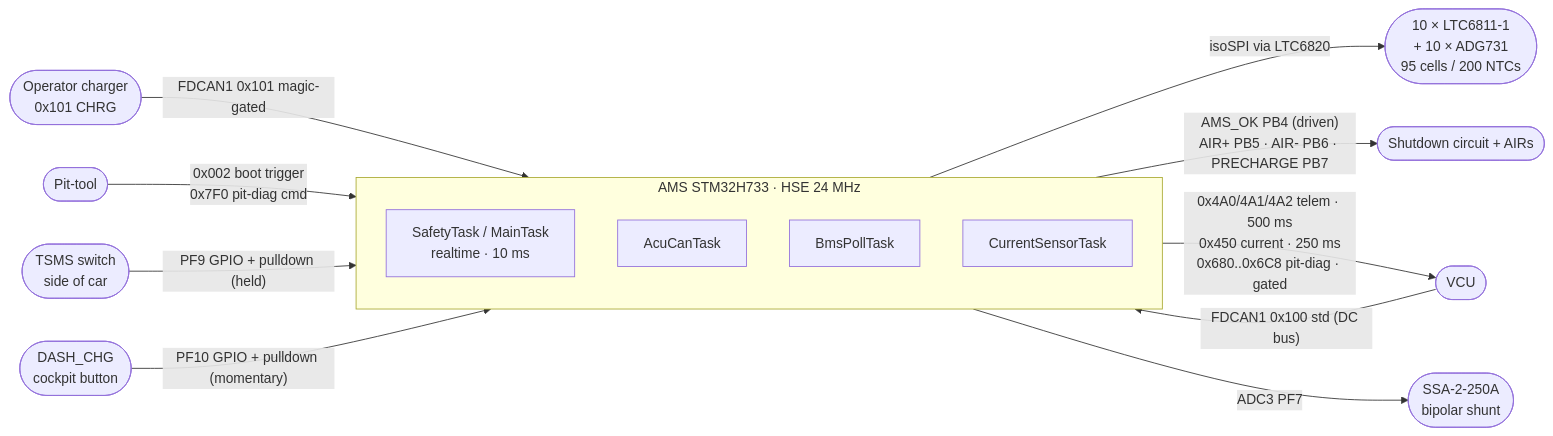
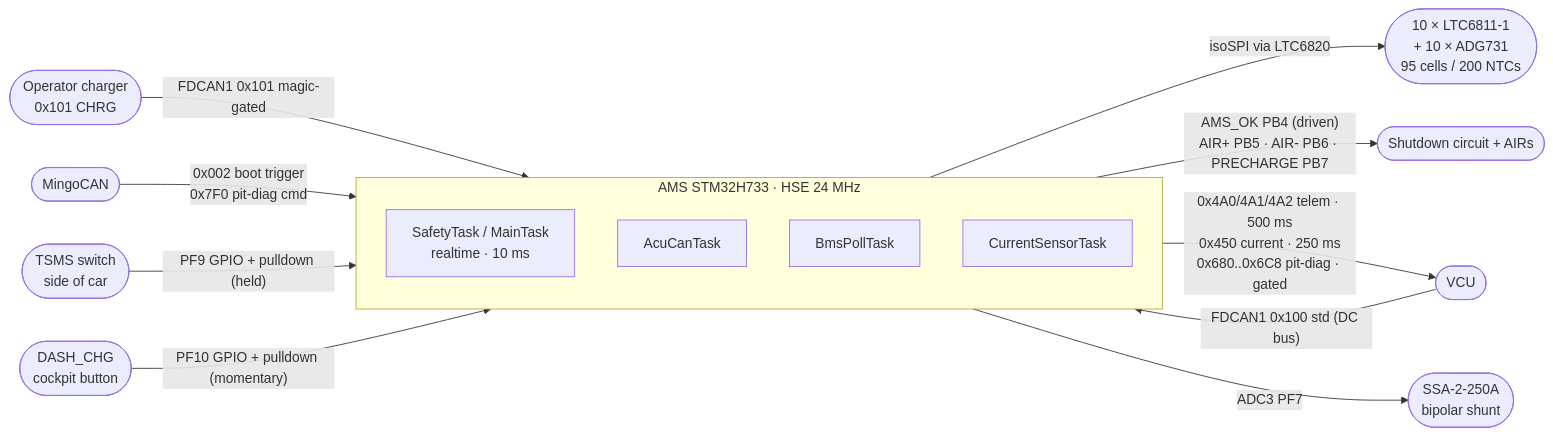
The first of 4 diagrams in docs/DEEP_DIVE.md (isc-fs/IFS08-CE-AMS), drawn with Mermaid before and after one commit. The commit also changed other lines of this file and 10 other files, not shown here.

First line of the commit message:
docs: rename the host tool "pit-tool" -> "MingoCAN"

````diff
--- a/docs/DEEP_DIVE.md
+++ b/docs/DEEP_DIVE.md
@@ -31,20 +31,20 @@
 ```mermaid
 flowchart LR
     VCU([VCU]) -- "FDCAN1 0x100 std (DC bus)" --> AMS
     OP([Operator charger<br/>0x101 CHRG]) -- "FDCAN1 0x101 magic-gated" --> AMS
-    BENCH([Pit-tool]) -- "0x002 boot trigger<br/>0x7F0 pit-diag cmd" --> AMS
+    BENCH([MingoCAN]) -- "0x002 boot trigger<br/>0x7F0 pit-diag cmd" --> AMS
     TSMS([TSMS switch<br/>side of car]) -- "PF9 GPIO + pulldown (held)" --> AMS
     DASH([DASH_CHG<br/>cockpit button]) -- "PF10 GPIO + pulldown (momentary)" --> AMS
 
     subgraph AMS[AMS STM32H733 · HSE 24 MHz]
       SafetyTask[SafetyTask / MainTask<br/>realtime · 10 ms]
       AcuCanTask
       BmsPollTask
       CurrentSensorTask
     end
 
     AMS -- "isoSPI via LTC6820" --> Chain([10 × LTC6811-1<br/>+ 10 × ADG731<br/>95 cells / 200 NTCs])
     AMS -- "AMS_OK PB4 (driven)<br/>AIR+ PB5 · AIR- PB6 · PRECHARGE PB7" --> SDC([Shutdown circuit + AIRs])
     AMS -- "0x4A0/4A1/4A2 telem · 500 ms<br/>0x450 current · 250 ms<br/>0x680..0x6C8 pit-diag · gated" --> VCU
     AMS -- "ADC3 PF7" --> CurrSensor([SSA-2-250A<br/>bipolar shunt])
 ```
````
